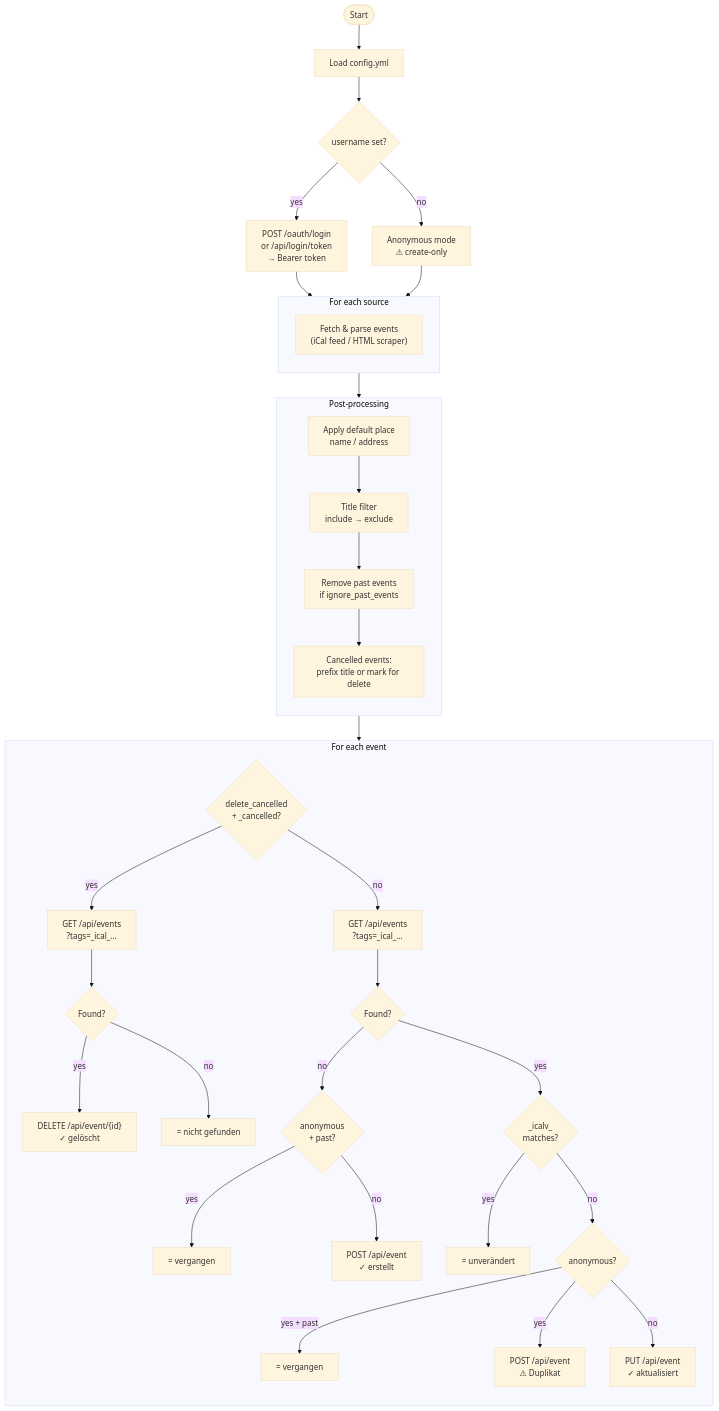
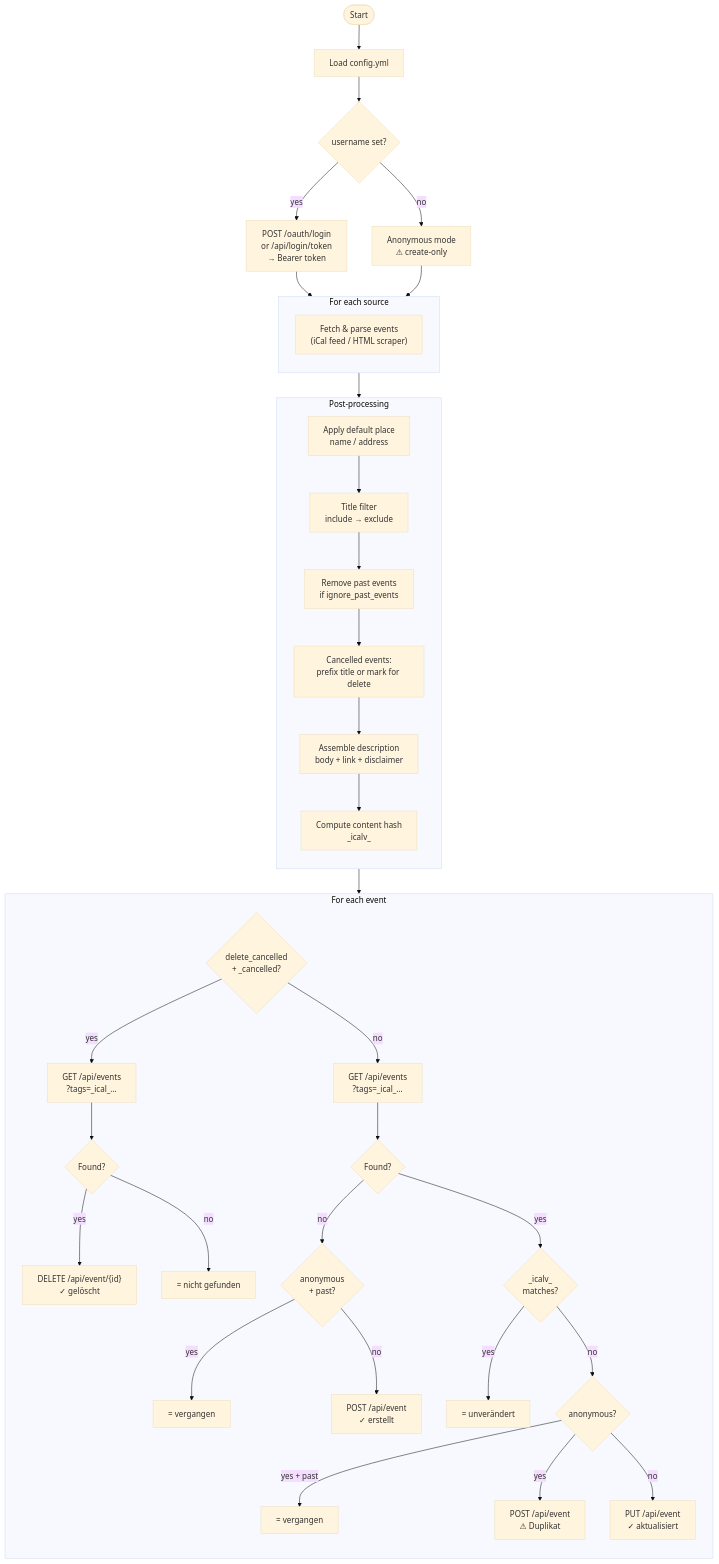
The diagram in docs/how-it-works.md (Leaced/cal2gancio), drawn with Mermaid (base theme) before and after one commit. The commit also changed 5 other files, not shown here.

````diff
--- a/docs/how-it-works.md
+++ b/docs/how-it-works.md
@@ -5,50 +5,52 @@
 ```mermaid
 flowchart TD
     Start([Start]) --> LoadCfg[Load config.yml]
     LoadCfg --> Auth{username set?}
     Auth -- yes --> Login["POST /oauth/login\nor /api/login/token\n→ Bearer token"]
     Auth -- no  --> Anon[Anonymous mode\n⚠ create-only]
     Login --> Sources
     Anon  --> Sources
 
     subgraph Sources[For each source]
         direction TB
         Fetch["Fetch & parse events\n(iCal feed / HTML scraper)"]
     end
 
     Sources --> Post
 
     subgraph Post[Post-processing]
         direction TB
         PlaceDef[Apply default place\nname / address] -->
         TitleFilter["Title filter\ninclude → exclude"] -->
         PastFilter[Remove past events\nif ignore_past_events] -->
-        CancelledPost["Cancelled events:\nprefix title or mark for delete"]
+        CancelledPost["Cancelled events:\nprefix title or mark for delete"] -->
+        DescAssembly["Assemble description\nbody + link + disclaimer"] -->
+        ContentHash["Compute content hash\n_icalv_"]
     end
 
     Post --> Sync
 
     subgraph Sync[For each event]
         direction TB
         Cancelled{delete_cancelled\n+ _cancelled?}
 
         Cancelled -- yes --> Lookup1["GET /api/events\n?tags=_ical_…"]
         Lookup1 --> Found1{Found?}
         Found1 -- yes --> Del["DELETE /api/event/{id}\n✓ gelöscht"]
         Found1 -- no  --> NotFound["= nicht gefunden"]
 
         Cancelled -- no --> Lookup2["GET /api/events\n?tags=_ical_…"]
         Lookup2 --> Found2{Found?}
 
         Found2 -- no --> PastAnon{"anonymous\n+ past?"}
         PastAnon -- yes --> SkipPast["= vergangen"]
         PastAnon -- no  --> Create["POST /api/event\n✓ erstellt"]
 
         Found2 -- yes --> HashMatch{"_icalv_\nmatches?"}
         HashMatch -- yes --> Skip["= unverändert"]
         HashMatch -- no  --> IsAnon{anonymous?}
         IsAnon -- "yes + past" --> SkipPast2["= vergangen"]
         IsAnon -- yes       --> Dup["POST /api/event\n⚠ Duplikat"]
         IsAnon -- no        --> Update["PUT /api/event\n✓ aktualisiert"]
     end
 ```
````
